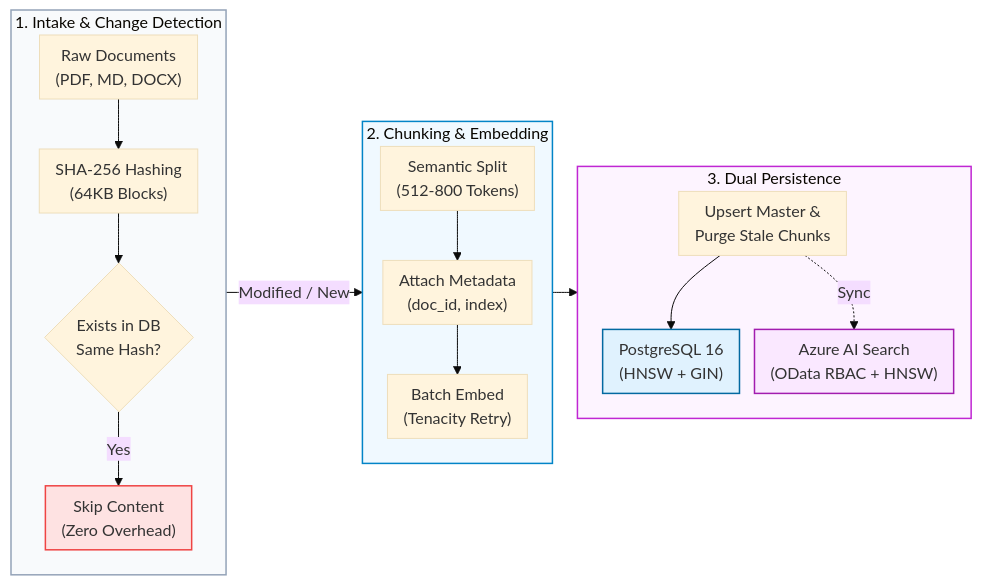
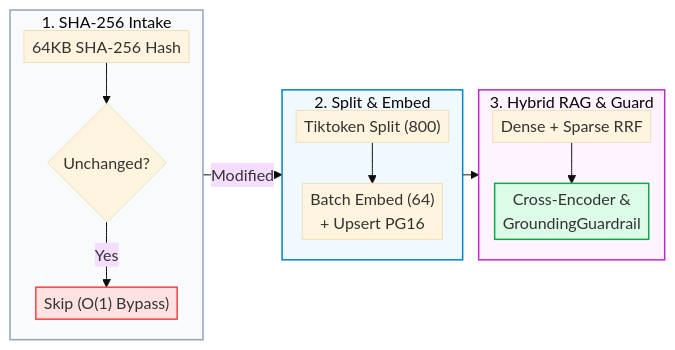
The fifth of 7 diagrams in README.md (Kenono2000/enterprise-rag-pgvector-rbac), drawn with Mermaid (base theme) before and after one commit. The commit also changed other lines of this file, not shown here.

````diff
--- a/README.md
+++ b/README.md
@@ -179,26 +122,24 @@
 ```mermaid
-%%{init: {'flowchart': {'nodeSpacing': 15, 'rankSpacing': 25, 'padding': 8}}}%%
+%%{init: {'flowchart': {'nodeSpacing': 8, 'rankSpacing': 16, 'padding': 4}}}%%
 flowchart LR
-    subgraph Stage1 ["1. Intake & Change Detection"]
+    subgraph Stage1 ["1. SHA-256 Intake"]
         direction TB
-        Raw["Raw Documents<br/>(PDF, MD, DOCX)"] --> Hash["SHA-256 Hashing<br/>(64KB Blocks)"] --> Check{"Exists in DB<br/>Same Hash?"}
-        Check -->|Yes| Skip["Skip Content<br/>(Zero Overhead)"]
+        Hash["64KB SHA-256 Hash"] --> Check{"Unchanged?"}
+        Check -->|Yes| Skip["Skip (O(1) Bypass)"]
     end
-    subgraph Stage2 ["2. Chunking & Embedding"]
+    subgraph Stage2 ["2. Split & Embed"]
         direction TB
-        Split["Semantic Split<br/>(512-800 Tokens)"] --> Meta["Attach Metadata<br/>(doc_id, index)"] --> Embed["Batch Embed<br/>(Tenacity Retry)"]
+        Split["Tiktoken Split (800)"] --> Embed["Batch Embed (64)<br/>+ Upsert PG16"]
     end
-    subgraph Stage3 ["3. Dual Persistence"]
+    subgraph Stage3 ["3. Hybrid RAG & Guard"]
         direction TB
-        Master["Upsert Master &<br/>Purge Stale Chunks"] --> PG["PostgreSQL 16<br/>(HNSW + GIN)"]
-        Master -.->|Sync| Azure["Azure AI Search<br/>(OData RBAC + HNSW)"]
+        RRF["Dense + Sparse RRF"] --> Guard["Cross-Encoder &<br/>GroundingGuardrail"]
     end
-    Check -->|Modified / New| Split
-    Embed --> Master
+    Check -->|Modified| Split
+    Embed --> RRF
     style Stage1 fill:#f8fafc,stroke:#94a3b8,stroke-width:1.5px
     style Stage2 fill:#f0f9ff,stroke:#0284c7,stroke-width:1.5px
     style Stage3 fill:#fdf4ff,stroke:#c026d3,stroke-width:1.5px
     style Skip fill:#fee2e2,stroke:#ef4444,stroke-width:1.5px
-    style PG fill:#e0f2fe,stroke:#0369a1,stroke-width:1.5px
-    style Azure fill:#fae8ff,stroke:#a21caf,stroke-width:1.5px
+    style Guard fill:#dcfce7,stroke:#16a34a,stroke-width:1.5px
 ```
````
